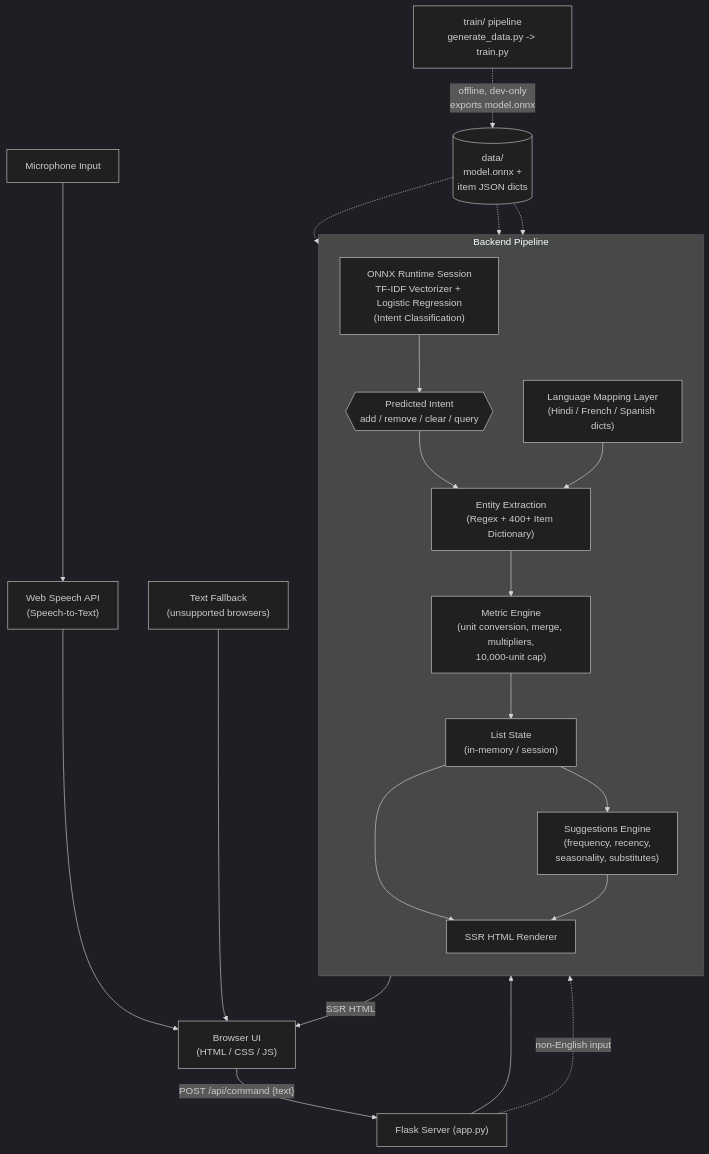
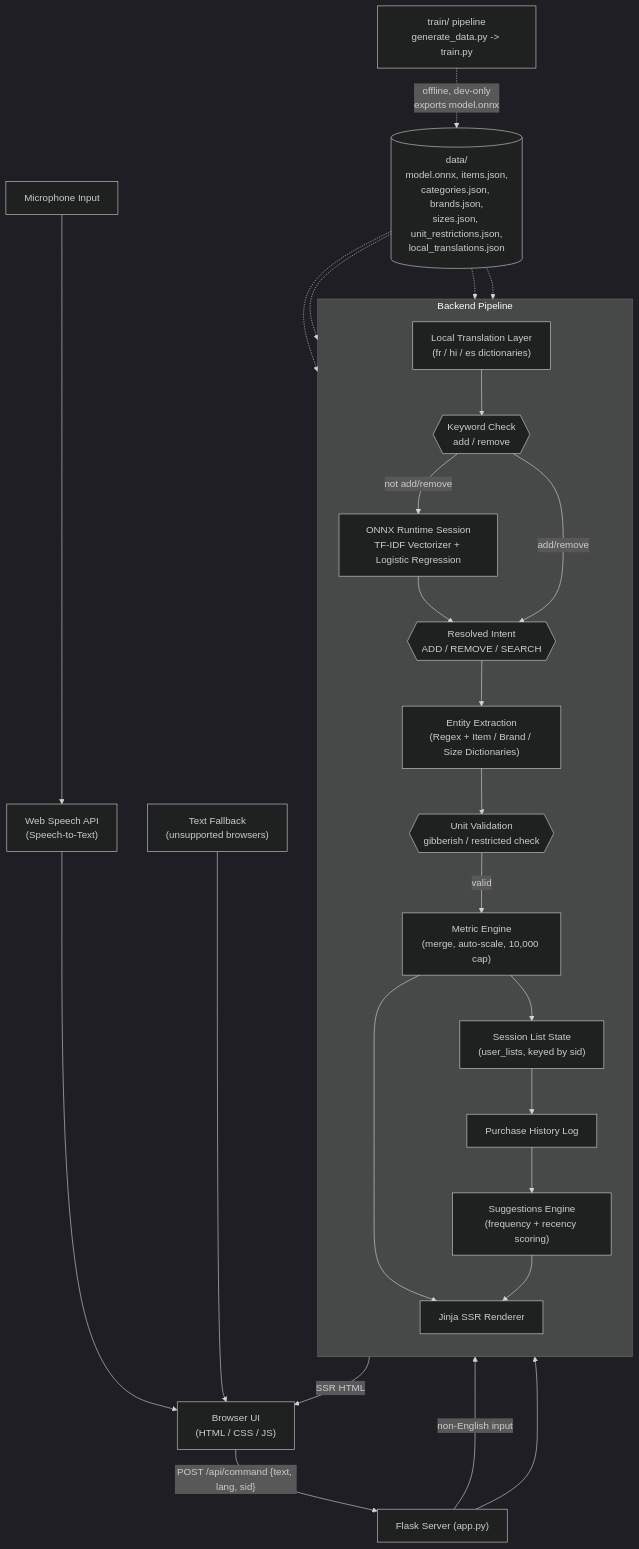
The diagram in README.md (AnshumanJ28/F.A.B.U.L.I.N.U.S), drawn with Mermaid (dark theme) before and after one commit. The commit also changed other lines of this file, not shown here.

````diff
--- a/README.md
+++ b/README.md
@@ -81,38 +89,45 @@
 ```mermaid
 graph TD
     Mic["Microphone Input"]
     WSA["Web Speech API<br/>(Speech-to-Text)"]
     Client["Browser UI<br/>(HTML / CSS / JS)"]
     TextBox["Text Fallback<br/>(unsupported browsers)"]
 
     Mic --> WSA --> Client
     TextBox --> Client
 
-    Client -- "POST /api/command {text}" --> Server["Flask Server (app.py)"]
+    Client -- "POST /api/command {text, lang, sid}" --> Server["Flask Server (app.py)"]
 
     subgraph Backend Pipeline
         direction TB
-        ONNX["ONNX Runtime Session<br/>TF-IDF Vectorizer + Logistic Regression<br/>(Intent Classification)"]
-        Intent{{"Predicted Intent<br/>add / remove / clear / query"}}
-        Rules["Entity Extraction<br/>(Regex + 400+ Item Dictionary)"]
-        Lang["Language Mapping Layer<br/>(Hindi / French / Spanish dicts)"]
-        Metric["Metric Engine<br/>(unit conversion, merge, multipliers,<br/>10,000-unit cap)"]
-        State["List State<br/>(in-memory / session)"]
-        Suggest["Suggestions Engine<br/>(frequency, recency,<br/>seasonality, substitutes)"]
-        Render["SSR HTML Renderer"]
+        Trans["Local Translation Layer<br/>(fr / hi / es dictionaries)"]
+        Keyword{{"Keyword Check<br/>add / remove"}}
+        ONNX["ONNX Runtime Session<br/>TF-IDF Vectorizer + Logistic Regression"]
+        Intent{{"Resolved Intent<br/>ADD / REMOVE / SEARCH"}}
+        Rules["Entity Extraction<br/>(Regex + Item / Brand / Size Dictionaries)"]
+        Valid{{"Unit Validation<br/>gibberish / restricted check"}}
+        Metric["Metric Engine<br/>(merge, auto-scale, 10,000 cap)"]
+        State["Session List State<br/>(user_lists, keyed by sid)"]
+        History["Purchase History Log"]
+        Suggest["Suggestions Engine<br/>(frequency + recency scoring)"]
+        Render["Jinja SSR Renderer"]
     end
 
-    Server --> ONNX --> Intent --> Rules
-    Server -. "non-English input" .-> Lang --> Rules
-    Rules --> Metric --> State
-    State --> Suggest
-    State --> Render
-    Suggest --> Render
+    Server -- "non-English input" --> Trans --> Keyword
+    Server --> Keyword
+    Keyword -- "not add/remove" --> ONNX --> Intent
+    Keyword -- "add/remove" --> Intent
+    Intent --> Rules --> Valid
+    Valid -- "valid" --> Metric --> State
+    State --> History
+    Metric --> Render
+    History --> Suggest --> Render
     Render -- "SSR HTML" --> Client
 
-    Data[("data/<br/>model.onnx +<br/>item JSON dicts")] -.-> ONNX
+    Data[("data/<br/>model.onnx, items.json,<br/>categories.json, brands.json,<br/>sizes.json, unit_restrictions.json,<br/>local_translations.json")] -.-> ONNX
     Data -.-> Rules
-    Data -.-> Lang
+    Data -.-> Trans
+    Data -.-> Valid
 
-    Train["train/ pipeline<br/>generate_data.py -> train.py"] -. "offline, dev-only<br/>exports model.onnx" .-> Data
+    TrainPipe["train/ pipeline<br/>generate_data.py -> train.py"] -. "offline, dev-only<br/>exports model.onnx" .-> Data
 ```
````
